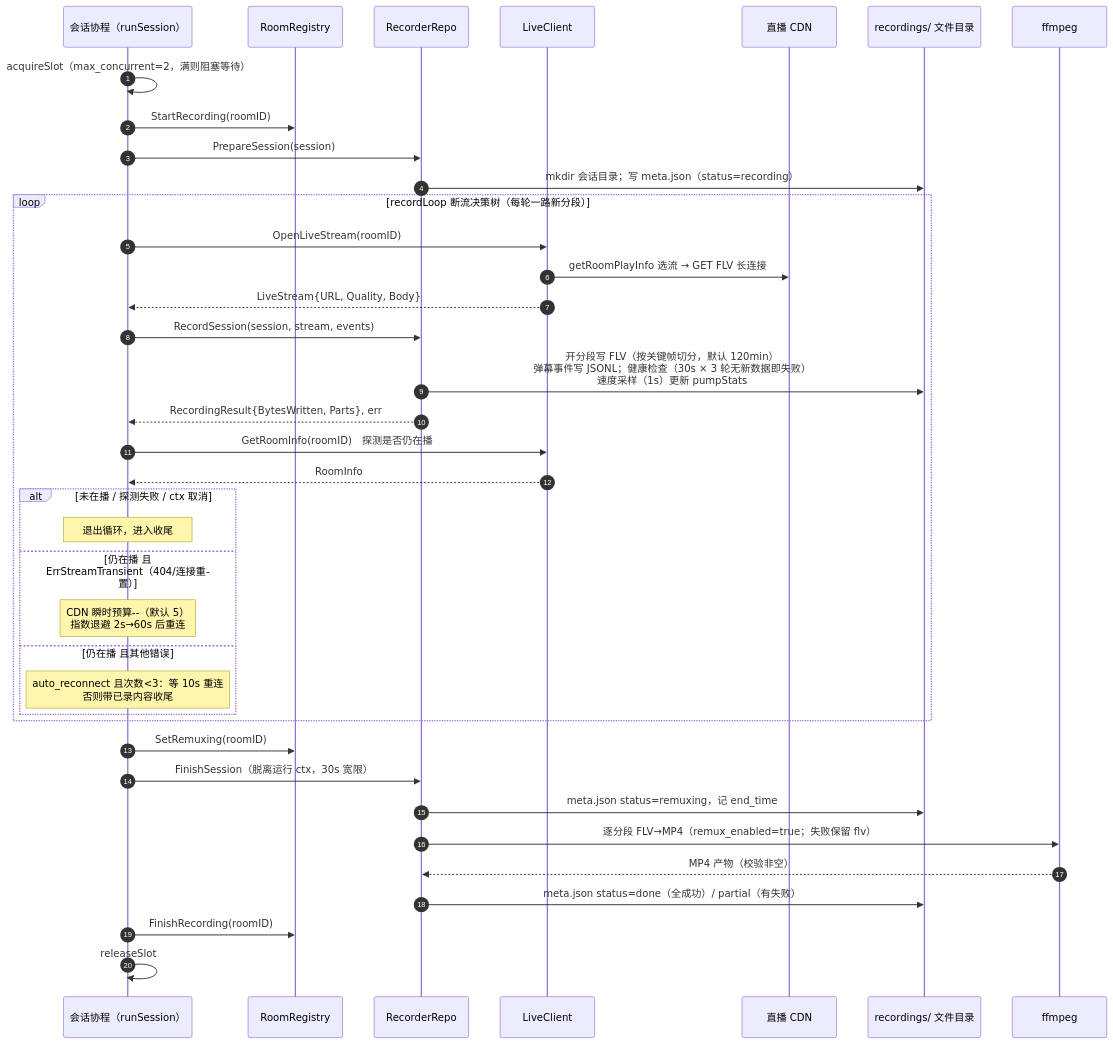
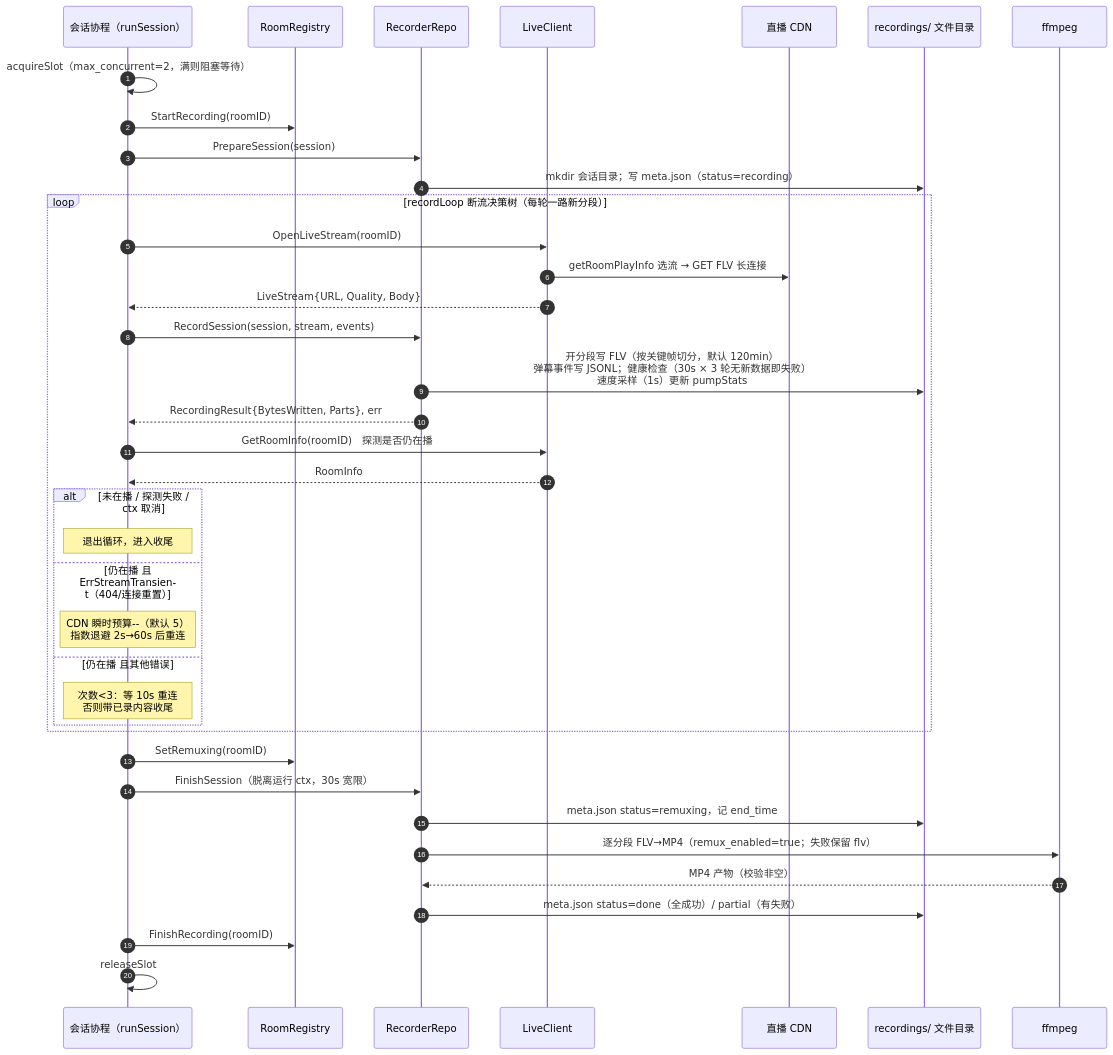
One commit to xgbt/suika changed the fifth of 10 diagrams in docs/design/architecture-diagrams.md. Above: the diagram before and after it, drawn with Mermaid. The commit also changed other lines of this file and 18 other files, not shown here.

````diff
--- a/docs/design/architecture-diagrams.md
+++ b/docs/design/architecture-diagrams.md
@@ -232,43 +232,43 @@
 ```mermaid
 sequenceDiagram
     autonumber
     participant Sess as 会话协程（runSession）
     participant G as RoomRegistry
     participant RR as RecorderRepo
     participant LC as LiveClient
     participant CDN as 直播 CDN
     participant FS as recordings/ 文件目录
     participant FF as ffmpeg
 
     Sess->>Sess: acquireSlot（max_concurrent=2，满则阻塞等待）
     Sess->>G: StartRecording(roomID)
     Sess->>RR: PrepareSession(session)
     RR->>FS: mkdir 会话目录；写 meta.json（status=recording）
 
     loop recordLoop 断流决策树（每轮一路新分段）
         Sess->>LC: OpenLiveStream(roomID)
         LC->>CDN: getRoomPlayInfo 选流 → GET FLV 长连接
         LC-->>Sess: LiveStream{URL, Quality, Body}
         Sess->>RR: RecordSession(session, stream, events)
         RR->>FS: 开分段写 FLV（按关键帧切分，默认 120min）<br/>弹幕事件写 JSONL；健康检查（30s × 3 轮无新数据即失败）<br/>速度采样（1s）更新 pumpStats
         RR-->>Sess: RecordingResult{BytesWritten, Parts}, err
         Sess->>LC: GetRoomInfo(roomID)　探测是否仍在播
         LC-->>Sess: RoomInfo
         alt 未在播 / 探测失败 / ctx 取消
             Note over Sess: 退出循环，进入收尾
         else 仍在播 且 ErrStreamTransient（404/连接重置）
             Note over Sess: CDN 瞬时预算--（默认 5）<br/>指数退避 2s→60s 后重连
         else 仍在播 且其他错误
-            Note over Sess: auto_reconnect 且次数<3：等 10s 重连<br/>否则带已录内容收尾
+            Note over Sess: 次数<3：等 10s 重连<br/>否则带已录内容收尾
         end
     end
 
     Sess->>G: SetRemuxing(roomID)
     Sess->>RR: FinishSession（脱离运行 ctx，30s 宽限）
     RR->>FS: meta.json status=remuxing，记 end_time
     RR->>FF: 逐分段 FLV→MP4（remux_enabled=true；失败保留 flv）
     FF-->>RR: MP4 产物（校验非空）
     RR->>FS: meta.json status=done（全成功）/ partial（有失败）
     Sess->>G: FinishRecording(roomID)
     Sess->>Sess: releaseSlot
 ```
````
